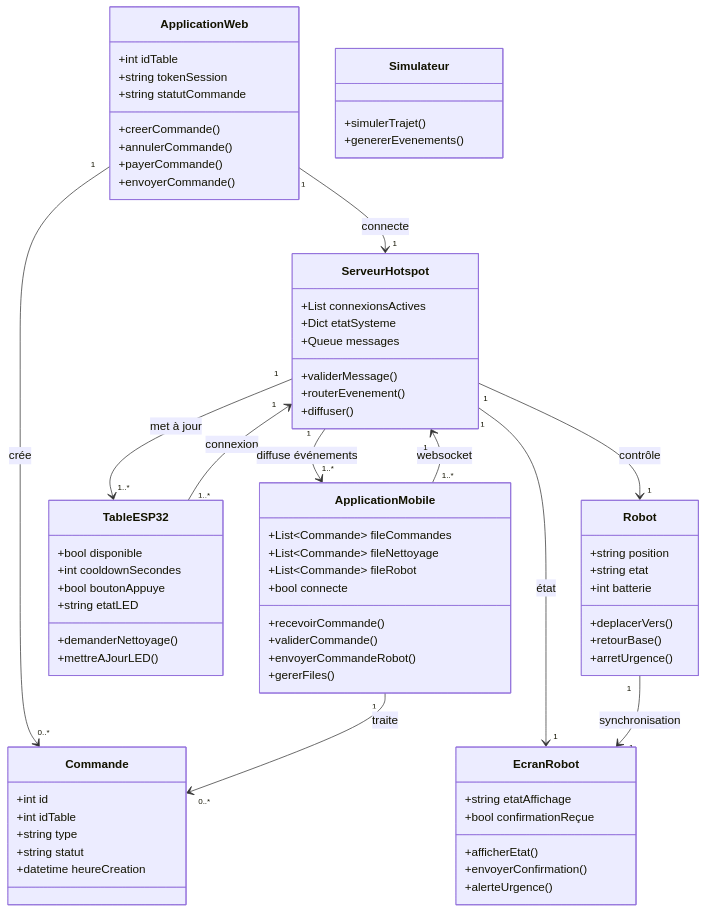
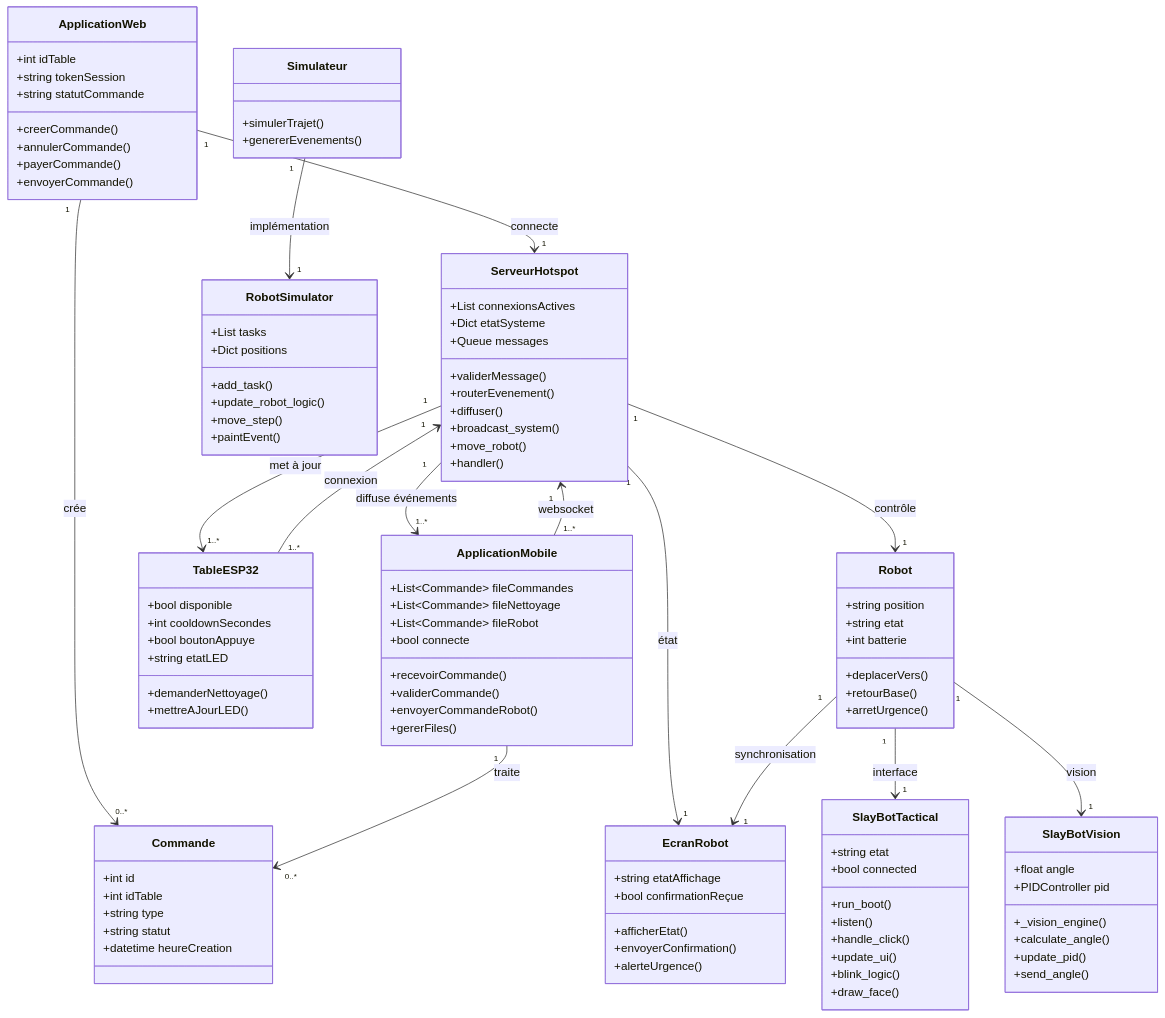
The first of 3 diagrams in docs/architecture.md (ismael-belghazi/Slaybot), drawn with Mermaid before and after one commit. The commit also changed 21 other files, not shown here.

````diff
--- a/docs/architecture.md
+++ b/docs/architecture.md
@@ -60,6 +60,9 @@
   +validerMessage()
   +routerEvenement()
   +diffuser()
+  +broadcast_system()
+  +move_robot()
+  +handler()
 }
 
 %% ===================== ROBOT =====================
@@ -81,11 +84,40 @@
   +alerteUrgence()
 }
 
+class SlayBotTactical {
+  +string etat
+  +bool connected
+  +run_boot()
+  +listen()
+  +handle_click()
+  +update_ui()
+  +blink_logic()
+  +draw_face()
+}
+
+class SlayBotVision {
+  +float angle
+  +PIDController pid
+  +_vision_engine()
+  +calculate_angle()
+  +update_pid()
+  +send_angle()
+}
+
 %% ===================== SIMULATEUR =====================
 
 class Simulateur {
   +simulerTrajet()
   +genererEvenements()
+}
+
+class RobotSimulator {
+  +List tasks
+  +Dict positions
+  +add_task()
+  +update_robot_logic()
+  +move_step()
+  +paintEvent()
 }
 
 %% ===================== RELATIONS + CARDINALITÉS =====================
@@ -111,4 +143,9 @@
 
 %% Robot UI
 Robot "1" --> "1" EcranRobot : synchronisation
+Robot "1" --> "1" SlayBotTactical : interface
+Robot "1" --> "1" SlayBotVision : vision
+
+%% Simulateur
+Simulateur "1" --> "1" RobotSimulator : implémentation
 ```
````
